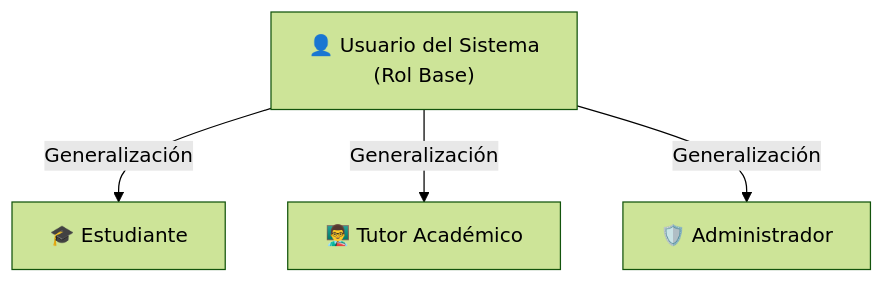
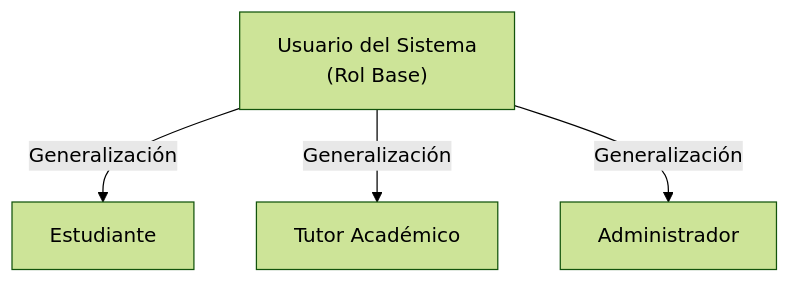
The first of 8 diagrams in docs/casos-de-uso/diagrama-casos-de-uso.md (Sebastian-G-0607/AYD1_2S_G7), drawn with Mermaid (forest theme) before and after one commit.

Commit message:
Revise user role labels in use case diagram
Updated user roles in the use case diagram for clarity.

````diff
--- a/docs/casos-de-uso/diagrama-casos-de-uso.md
+++ b/docs/casos-de-uso/diagrama-casos-de-uso.md
@@ -21,11 +21,11 @@
 ```mermaid
 flowchart TD
-    Usuario["👤 Usuario del Sistema\n(Rol Base)"]
-    Estudiante["🎓 Estudiante"]
-    Tutor["👨‍🏫 Tutor Académico"]
-    Administrador["🛡️ Administrador"]
+    Usuario[" Usuario del Sistema\n(Rol Base)"]
+    Estudiante["Estudiante"]
+    Tutor[" Tutor Académico"]
+    Administrador[" Administrador"]
 
     Usuario -->|Generalización| Estudiante
     Usuario -->|Generalización| Tutor
     Usuario -->|Generalización| Administrador
 ```
````
